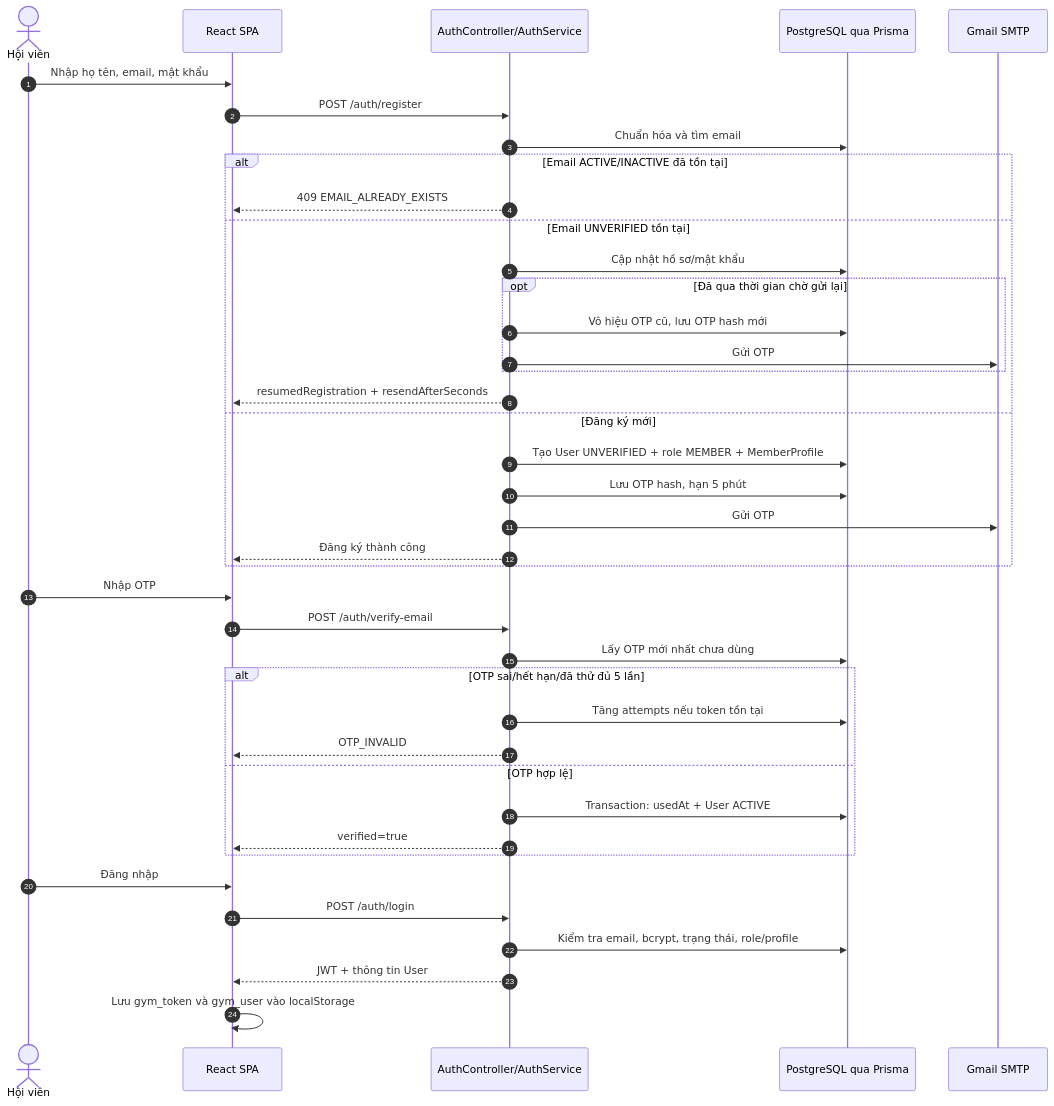
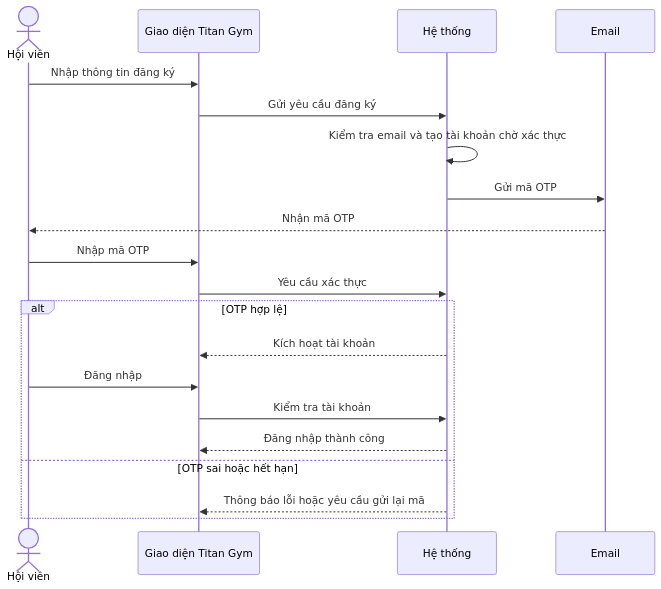
Before and after one commit to vhoanglong54/CNPM_GYM: the first of 4 diagrams in docs/06-UML-Diagrams/Sequences.md, drawn with Mermaid. The commit also changed other lines of this file and 1 other file, not shown here.

Commit message:
docs(uml): simplify workflow diagrams

````diff
--- a/docs/06-UML-Diagrams/Sequences.md
+++ b/docs/06-UML-Diagrams/Sequences.md
@@ -7,45 +7,23 @@
 ```mermaid
 sequenceDiagram
-  autonumber
   actor M as Hội viên
-  participant FE as React SPA
-  participant Auth as AuthController/AuthService
-  participant DB as PostgreSQL qua Prisma
-  participant Mail as Gmail SMTP
+  participant UI as Giao diện Titan Gym
+  participant SYS as Hệ thống
+  participant EMAIL as Email
 
-  M->>FE: Nhập họ tên, email, mật khẩu
-  FE->>Auth: POST /auth/register
-  Auth->>DB: Chuẩn hóa và tìm email
-  alt Email ACTIVE/INACTIVE đã tồn tại
-    Auth-->>FE: 409 EMAIL_ALREADY_EXISTS
-  else Email UNVERIFIED tồn tại
-    Auth->>DB: Cập nhật hồ sơ/mật khẩu
-    opt Đã qua thời gian chờ gửi lại
-      Auth->>DB: Vô hiệu OTP cũ, lưu OTP hash mới
-      Auth->>Mail: Gửi OTP
-    end
-    Auth-->>FE: resumedRegistration + resendAfterSeconds
-  else Đăng ký mới
-    Auth->>DB: Tạo User UNVERIFIED + role MEMBER + MemberProfile
-    Auth->>DB: Lưu OTP hash, hạn 5 phút
-    Auth->>Mail: Gửi OTP
-    Auth-->>FE: Đăng ký thành công
+  M->>UI: Nhập thông tin đăng ký
+  UI->>SYS: Gửi yêu cầu đăng ký
+  SYS->>SYS: Kiểm tra email và tạo tài khoản chờ xác thực
+  SYS->>EMAIL: Gửi mã OTP
+  EMAIL-->>M: Nhận mã OTP
+  M->>UI: Nhập mã OTP
+  UI->>SYS: Yêu cầu xác thực
+  alt OTP hợp lệ
+    SYS-->>UI: Kích hoạt tài khoản
+    M->>UI: Đăng nhập
+    UI->>SYS: Kiểm tra tài khoản
+    SYS-->>UI: Đăng nhập thành công
+  else OTP sai hoặc hết hạn
+    SYS-->>UI: Thông báo lỗi hoặc yêu cầu gửi lại mã
   end
-
-  M->>FE: Nhập OTP
-  FE->>Auth: POST /auth/verify-email
-  Auth->>DB: Lấy OTP mới nhất chưa dùng
-  alt OTP sai/hết hạn/đã thử đủ 5 lần
-    Auth->>DB: Tăng attempts nếu token tồn tại
-    Auth-->>FE: OTP_INVALID
-  else OTP hợp lệ
-    Auth->>DB: Transaction: usedAt + User ACTIVE
-    Auth-->>FE: verified=true
-  end
-
-  M->>FE: Đăng nhập
-  FE->>Auth: POST /auth/login
-  Auth->>DB: Kiểm tra email, bcrypt, trạng thái, role/profile
-  Auth-->>FE: JWT + thông tin User
-  FE->>FE: Lưu gym_token và gym_user vào localStorage
 ```
````
